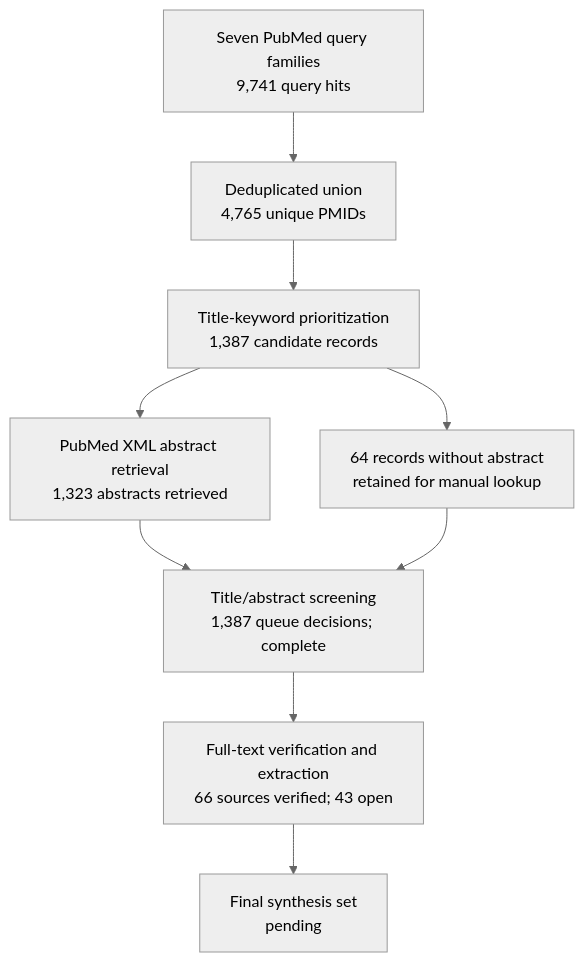
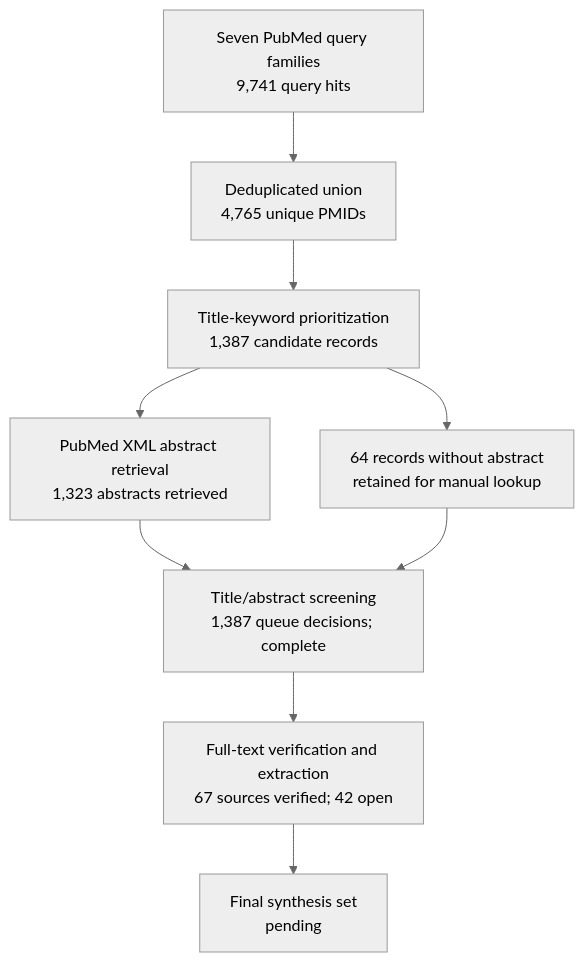
One commit to dcmcshan/artemisia changed the diagram in manuscript/review-flow.md. Above: the diagram before and after it, drawn with Mermaid (neutral theme). The commit also changed other lines of this file and 14 other files, not shown here.

Commit message:
Add A. campestris full-text helminth tranche

````diff
--- a/manuscript/review-flow.md
+++ b/manuscript/review-flow.md
@@ -5,11 +5,11 @@
 ```mermaid
 flowchart TB
   Q[Seven PubMed query families<br/>9,741 query hits] --> U[Deduplicated union<br/>4,765 unique PMIDs]
   U --> T[Title-keyword prioritization<br/>1,387 candidate records]
   T --> A[PubMed XML abstract retrieval<br/>1,323 abstracts retrieved]
   T --> N[64 records without abstract<br/>retained for manual lookup]
   A --> M[Title/abstract screening<br/>1,387 queue decisions; complete]
   N --> M
-  M --> F[Full-text verification and extraction<br/>66 sources verified; 43 open]
+  M --> F[Full-text verification and extraction<br/>67 sources verified; 42 open]
   F --> S[Final synthesis set<br/>pending]
 ```
````
